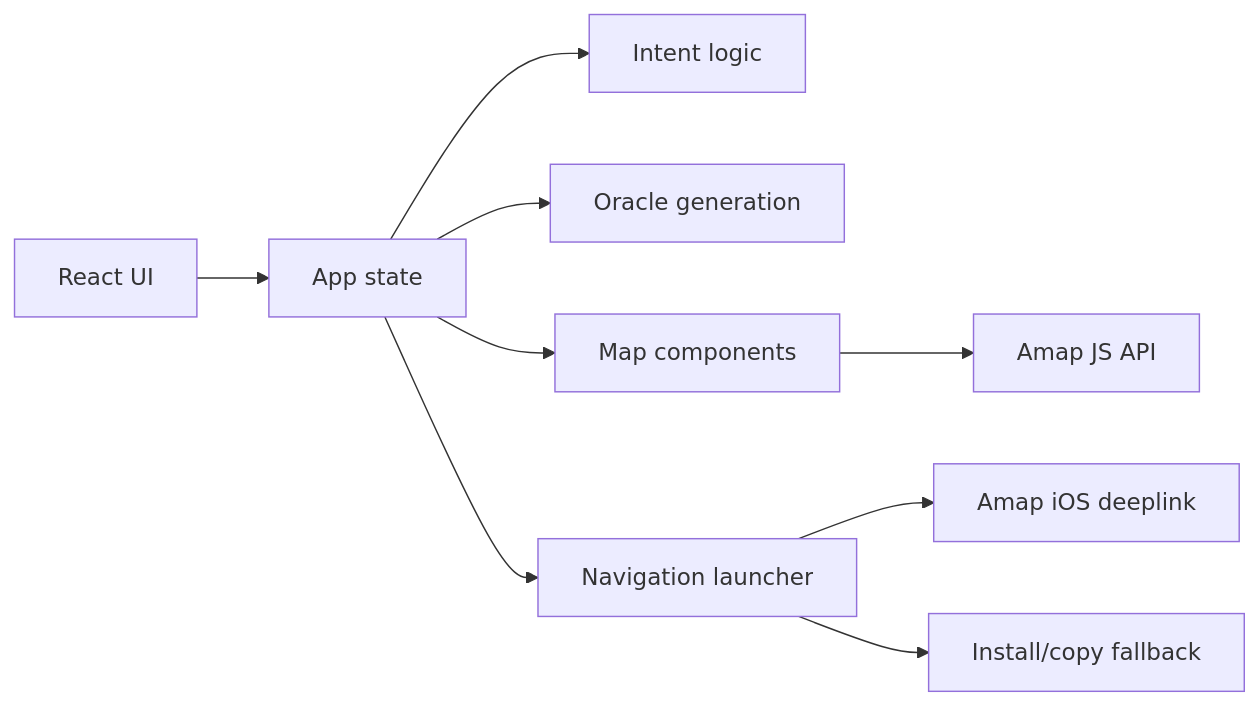
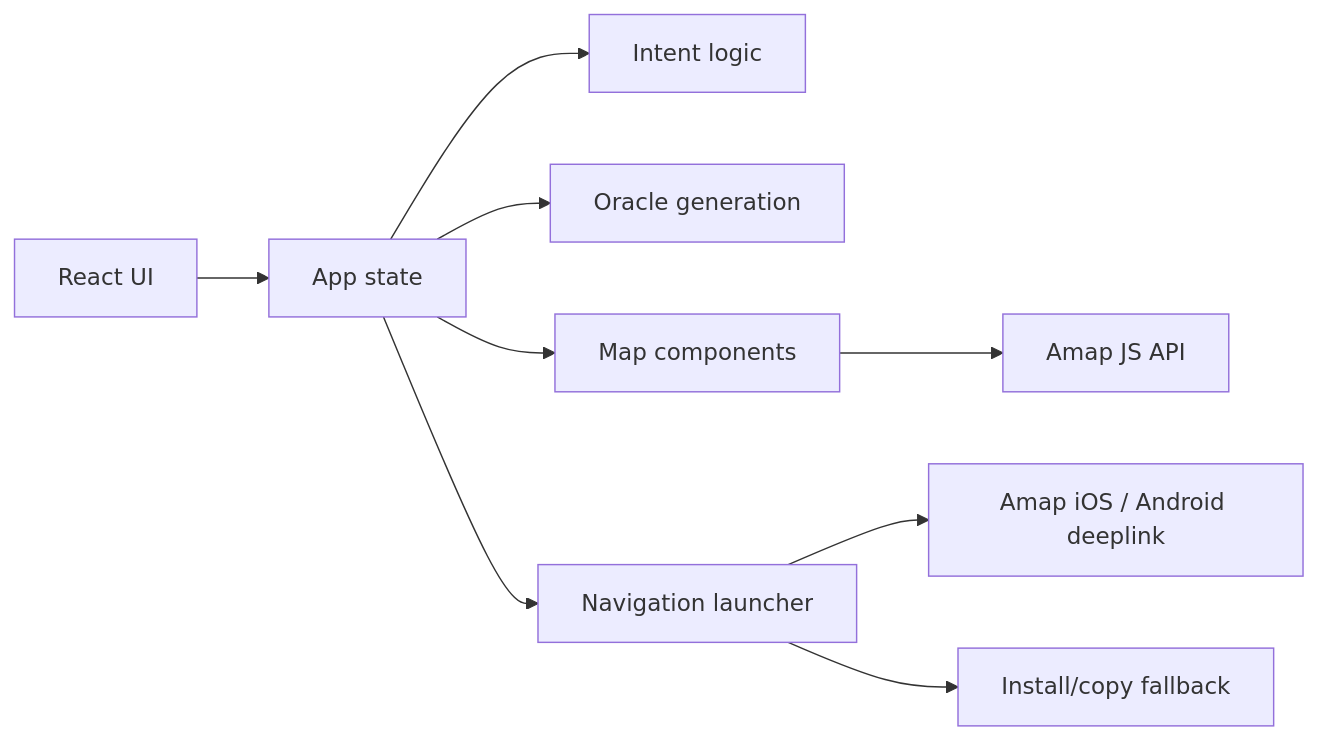
The second of 2 diagrams in README.md (qinheming/lingyan-mvp), drawn with Mermaid before and after one commit. The commit also changed other lines of this file and 2 other files, not shown here.

Commit message:
Add Android Amap navigation support

````diff
--- a/README.md
+++ b/README.md
@@ -51,11 +51,11 @@
 ```mermaid
 flowchart LR
     UI["React UI"] --> App["App state"]
     App --> Intent["Intent logic"]
     App --> Oracle["Oracle generation"]
     App --> Map["Map components"]
     Map --> Amap["Amap JS API"]
     App --> Nav["Navigation launcher"]
-    Nav --> Native["Amap iOS deeplink"]
+    Nav --> Native["Amap iOS / Android deeplink"]
     Nav --> Fallback["Install/copy fallback"]
 ```
````
